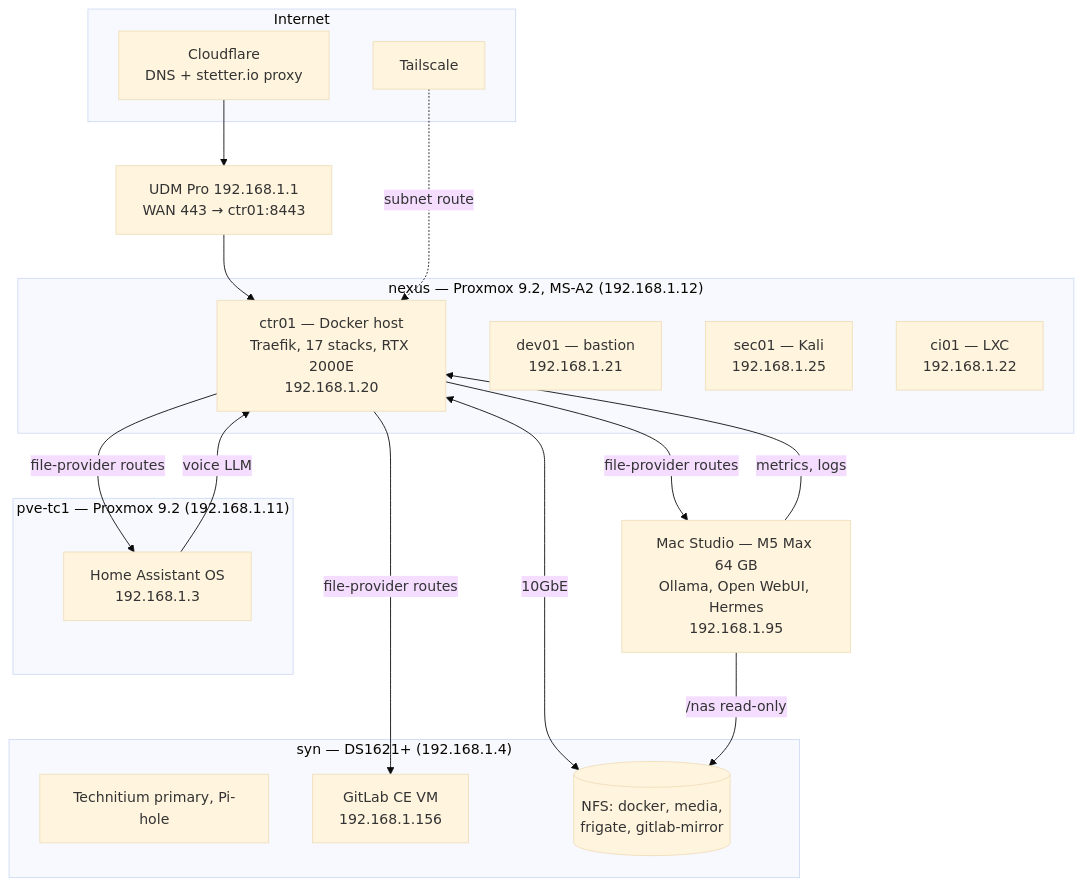
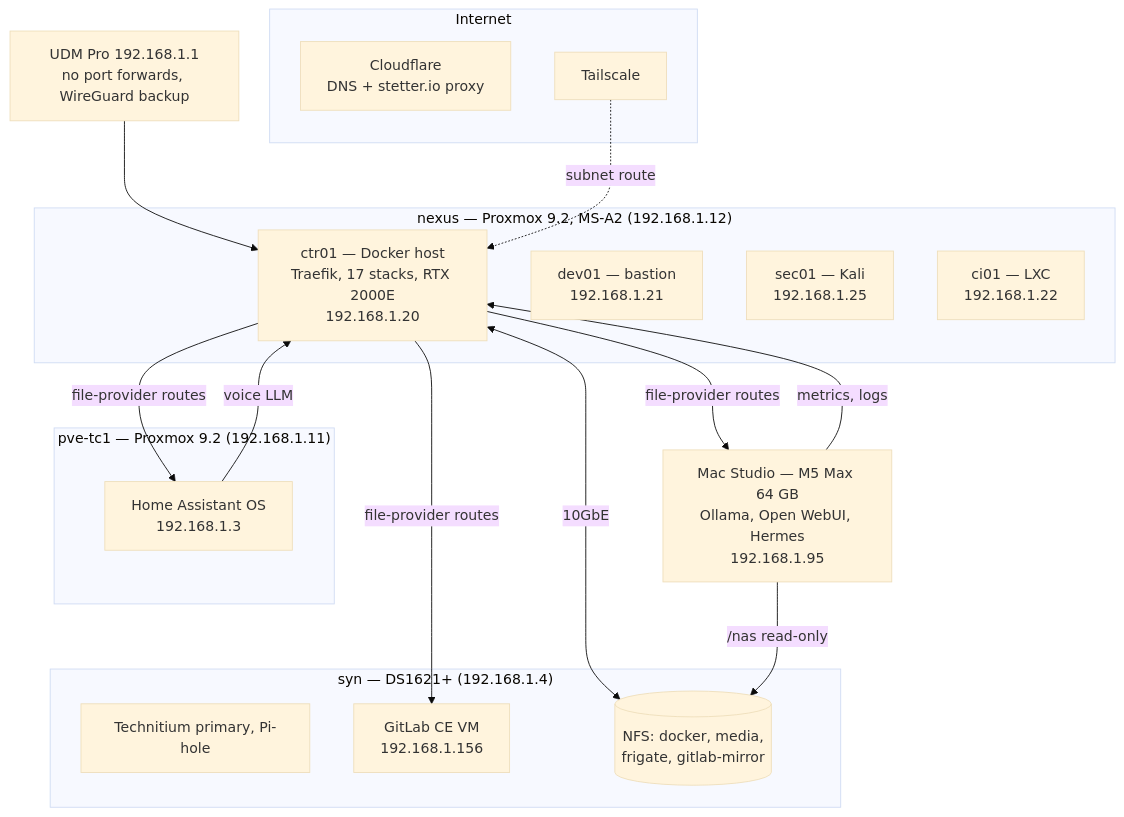
One commit to johnstetter/homelab-docs changed the diagram in docs/architecture/index.md. Above: the diagram before and after it, drawn with Mermaid (base theme). The commit also changed other lines of this file and 4 other files, not shown here.

First line of the commit message:
docs: no public ingress; Tailscale with WireGuard as backup

````diff
--- a/docs/architecture/index.md
+++ b/docs/architecture/index.md
@@ -16,38 +16,38 @@
 ```mermaid
 graph TB
     subgraph Internet
         CF[Cloudflare<br/>DNS + stetter.io proxy]
         TS[Tailscale]
     end
 
-    RTR[UDM Pro 192.168.1.1<br/>WAN 443 → ctr01:8443]
+    RTR[UDM Pro 192.168.1.1<br/>no port forwards, WireGuard backup]
 
     subgraph NEXUS["nexus — Proxmox 9.2, MS-A2 (192.168.1.12)"]
         CTR01[ctr01 — Docker host<br/>Traefik, 17 stacks, RTX 2000E<br/>192.168.1.20]
         DEV01[dev01 — bastion<br/>192.168.1.21]
         SEC01[sec01 — Kali<br/>192.168.1.25]
         CI01[ci01 — LXC<br/>192.168.1.22]
     end
 
     STUDIO[Mac Studio — M5 Max 64 GB<br/>Ollama, Open WebUI, Hermes<br/>192.168.1.95]
 
     subgraph TC1["pve-tc1 — Proxmox 9.2 (192.168.1.11)"]
         HA[Home Assistant OS<br/>192.168.1.3]
     end
 
     subgraph SYN["syn — DS1621+ (192.168.1.4)"]
         DNS[Technitium primary, Pi-hole]
         GL[GitLab CE VM<br/>192.168.1.156]
         NFS[(NFS: docker, media,<br/>frigate, gitlab-mirror)]
     end
 
-    CF --> RTR --> CTR01
+    RTR --> CTR01
     TS -.subnet route.-> CTR01
     CTR01 -->|file-provider routes| STUDIO
     CTR01 -->|file-provider routes| GL
     CTR01 -->|file-provider routes| HA
     HA -->|voice LLM| CTR01
     CTR01 <-->|10GbE| NFS
     STUDIO -->|/nas read-only| NFS
     STUDIO -->|metrics, logs| CTR01
 ```
````
